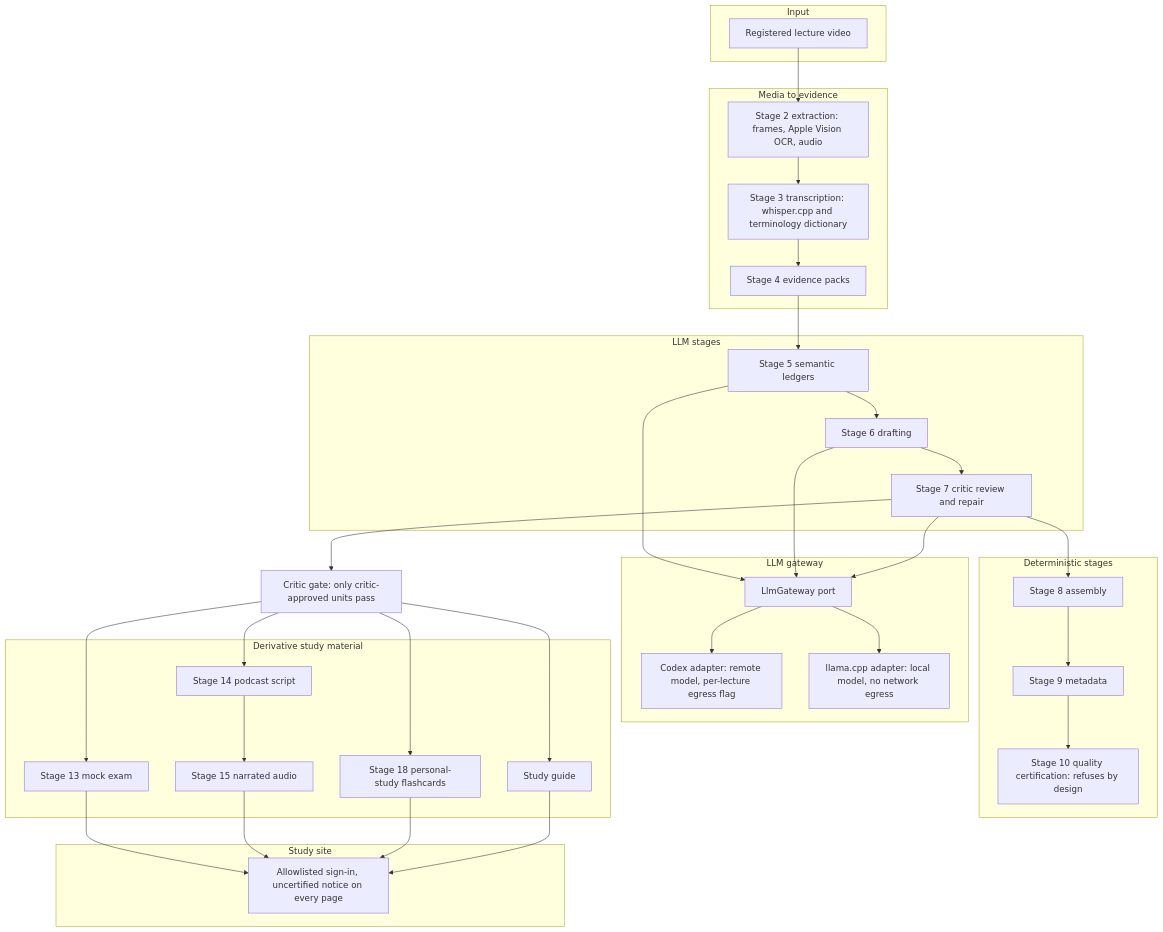
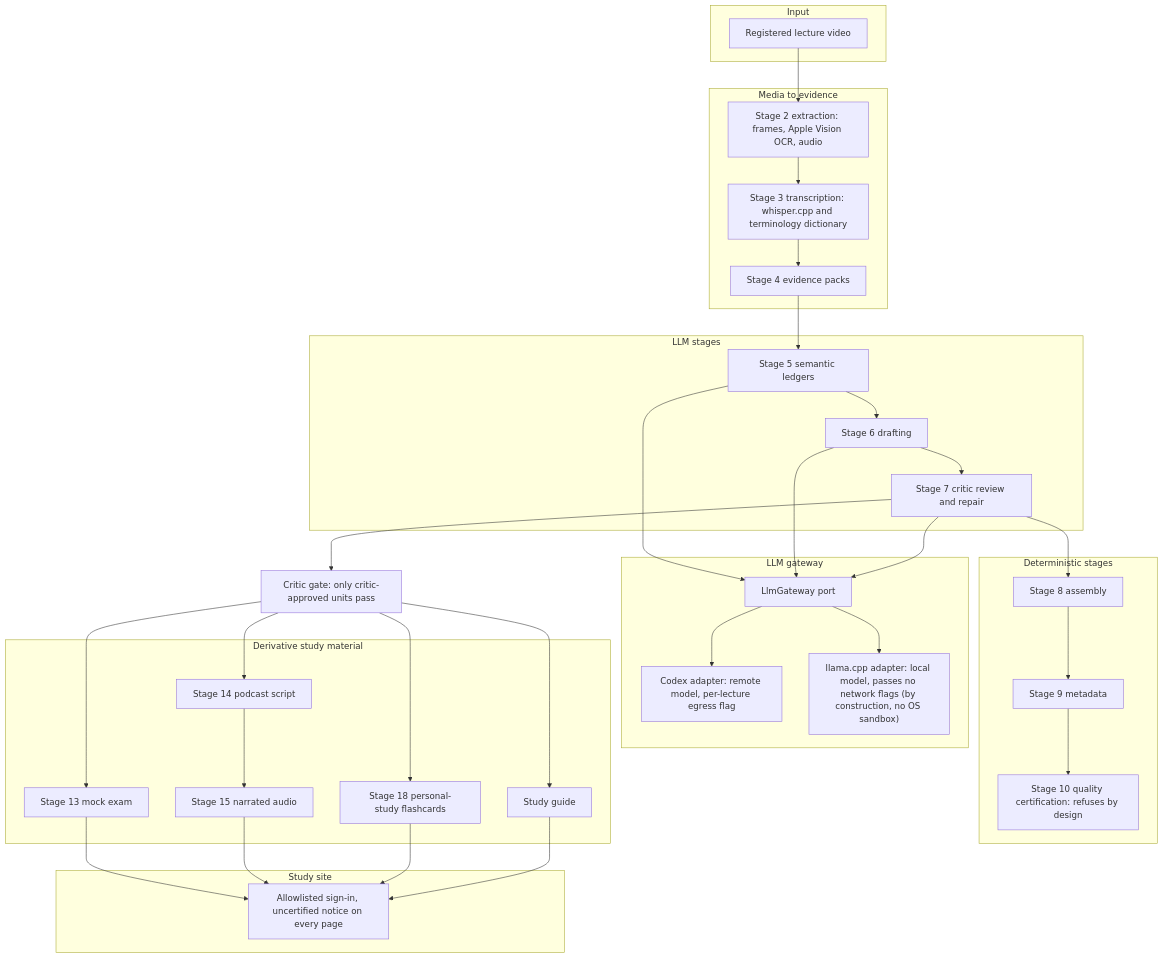
One commit to edizonbasseto/lecture-to-study-pipeline changed the diagram in README.md. Above: the diagram before and after it, drawn with Mermaid. The commit also changed 1 other file, not shown here.

Commit message:
docs(08): qualify the local adapter no-egress statement

````diff
--- a/README.md
+++ b/README.md
@@ -29,61 +29,61 @@
 ```mermaid
 flowchart TB
     subgraph input["Input"]
         VID["Registered lecture video"]
     end
     subgraph media["Media to evidence"]
         S2["Stage 2 extraction: frames, Apple Vision OCR, audio"]
         S3["Stage 3 transcription: whisper.cpp and terminology dictionary"]
         S4["Stage 4 evidence packs"]
     end
     subgraph llmstages["LLM stages"]
         S5["Stage 5 semantic ledgers"]
         S6["Stage 6 drafting"]
         S7["Stage 7 critic review and repair"]
     end
     subgraph gateway["LLM gateway"]
         PORT["LlmGateway port"]
         CODEX["Codex adapter: remote model, per-lecture egress flag"]
-        LOCAL["llama.cpp adapter: local model, no network egress"]
+        LOCAL["llama.cpp adapter: local model, passes no network flags (by construction, no OS sandbox)"]
     end
     GATE["Critic gate: only critic-approved units pass"]
     subgraph deterministic["Deterministic stages"]
         S8["Stage 8 assembly"]
         S9["Stage 9 metadata"]
         S10["Stage 10 quality certification: refuses by design"]
     end
     subgraph derivative["Derivative study material"]
         EXAM["Stage 13 mock exam"]
         POD["Stage 14 podcast script"]
         TTS["Stage 15 narrated audio"]
         CARDS["Stage 18 personal-study flashcards"]
         GUIDE["Study guide"]
     end
     subgraph site["Study site"]
         PAGES["Allowlisted sign-in, uncertified notice on every page"]
     end
     VID --> S2
     S2 --> S3
     S3 --> S4
     S4 --> S5
     S5 --> S6
     S6 --> S7
     S5 --> PORT
     S6 --> PORT
     S7 --> PORT
     PORT --> CODEX
     PORT --> LOCAL
     S7 --> S8
     S8 --> S9
     S9 --> S10
     S7 --> GATE
     GATE --> EXAM
     GATE --> POD
     GATE --> CARDS
     GATE --> GUIDE
     POD --> TTS
     EXAM --> PAGES
     TTS --> PAGES
     CARDS --> PAGES
     GUIDE --> PAGES
 ```
````
